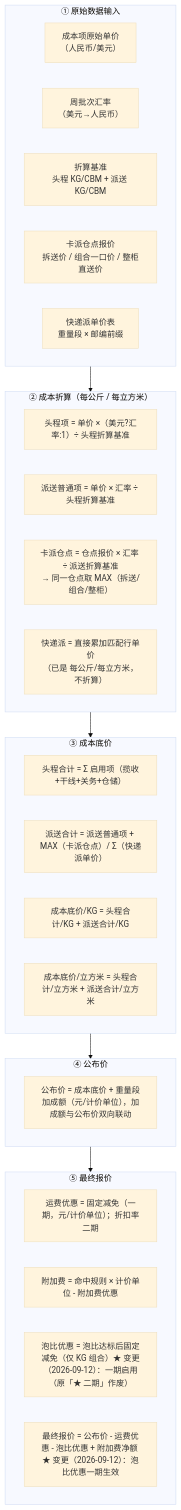
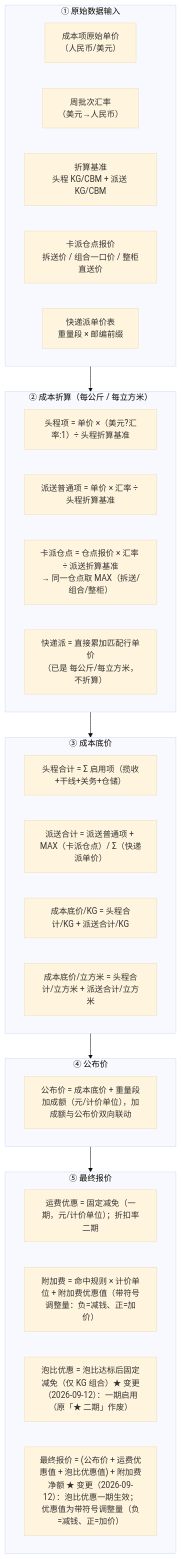
One commit to zhangwen960722/luna-daily changed the second of 2 diagrams in 0-产品经理使用IDE/drafts/超级运价/2026-09-12-用户需求.md. Above: the diagram before and after it, drawn with Mermaid (base theme). The commit also changed other lines of this file and 23 other files, not shown here.

````diff
--- a/0-产品经理使用IDE/drafts/超级运价/2026-09-12-用户需求.md
+++ b/0-产品经理使用IDE/drafts/超级运价/2026-09-12-用户需求.md
@@ -474,45 +474,45 @@
 ```mermaid
 flowchart TD
     subgraph 第一层_原始数据["① 原始数据输入"]
         direction LR
         S1["成本项原始单价<br>（人民币/美元）"] 
         S2["周批次汇率<br>（美元→人民币）"]
         S3["折算基准<br>头程 KG/CBM + 派送 KG/CBM"]
         S4["卡派仓点报价<br>拆送价 / 组合一口价 / 整柜直送价"]
         S5["快递派单价表<br>重量段 × 邮编前缀"]
     end
 
     subgraph 第二层_成本折算["② 成本折算（每公斤 / 每立方米）"]
         direction LR
         T1["头程项 = 单价 ×（美元?汇率:1）÷ 头程折算基准"]
         T2["派送普通项 = 单价 × 汇率 ÷ 头程折算基准"]
         T3["卡派仓点 = 仓点报价 × 汇率 ÷ 派送折算基准<br>→ 同一仓点取 MAX（拆送/组合/整柜）"]
         T4["快递派 = 直接累加匹配行单价<br>（已是 每公斤/每立方米，不折算）"]
     end
 
     subgraph 第三层_成本底价["③ 成本底价"]
         direction LR
         U1["头程合计 = Σ 启用项（揽收+干线+关务+仓储）"]
         U2["派送合计 = 派送普通项 + MAX（卡派仓点）/ Σ（快递派单价）"]
         U3["成本底价/KG = 头程合计/KG + 派送合计/KG"]
         U3b["成本底价/立方米 = 头程合计/立方米 + 派送合计/立方米"]
     end
 
     subgraph 第四层_定价["④ 公布价"]
         direction LR
         V1["公布价 = 成本底价 + 重量段加成额（元/计价单位），加成额与公布价双向联动"]
     end
 
     subgraph 第五层_报价["⑤ 最终报价"]
         direction LR
         W1["运费优惠 = 固定减免（一期，元/计价单位）；折扣率二期"]
-        W2["附加费 = 命中规则 × 计价单位 - 附加费优惠"]
+        W2["附加费 = 命中规则 × 计价单位 + 附加费优惠值（带符号调整量：负=减钱、正=加价）"]
         W3["泡比优惠 = 泡比达标后固定减免（仅 KG 组合）★ 变更（2026-09-12）：一期启用（原「★ 二期」作废）"]
-        W4["最终报价 = 公布价 - 运费优惠 - 泡比优惠 + 附加费净额 ★ 变更（2026-09-12）：泡比优惠一期生效"]
+        W4["最终报价 = (公布价 + 运费优惠值 + 泡比优惠值) + 附加费净额 ★ 变更（2026-09-12）：泡比优惠一期生效；优惠值为带符号调整量（负=减钱、正=加价）"]
     end
 
     第一层_原始数据 --> 第二层_成本折算
     第二层_成本折算 --> 第三层_成本底价
     第三层_成本底价 --> 第四层_定价
     第四层_定价 --> 第五层_报价
 ```
````
